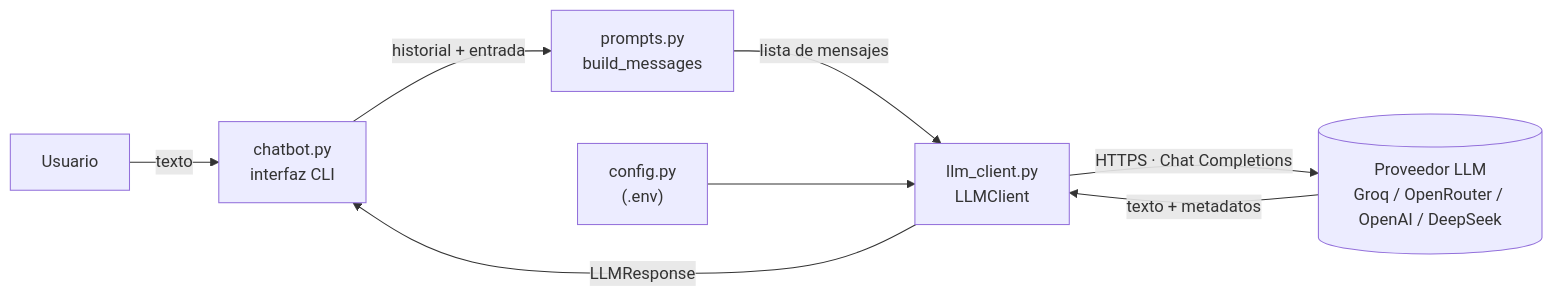
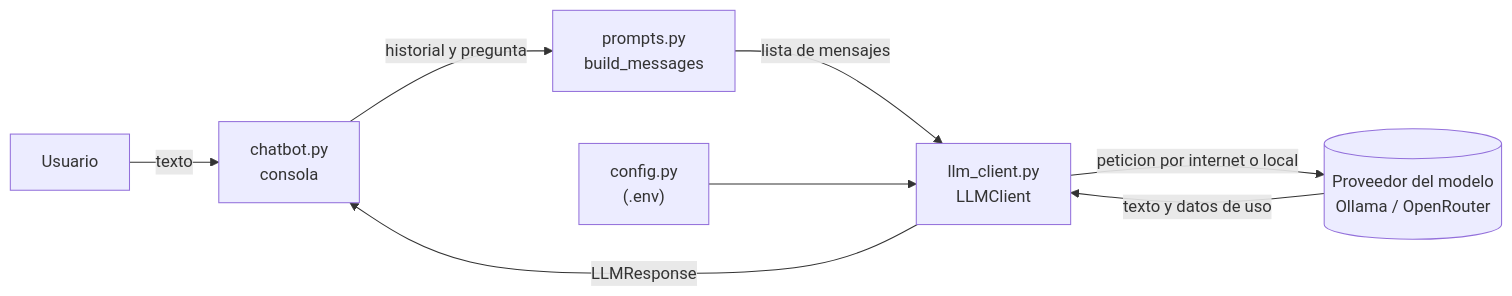
Before and after one commit to JuanCarreno78/ai-systems-lab: the diagram in labs/01-llm/README.md, drawn with Mermaid. The commit also changed other lines of this file and 2 other files, not shown here.

Commit message:
README del laboratorio con lo realizado y resultados; informe revisado

````diff
--- a/labs/01-llm/README.md
+++ b/labs/01-llm/README.md
@@ -17,10 +18,10 @@
 ```mermaid
 flowchart LR
-    U[Usuario] -->|texto| CLI["chatbot.py<br/>interfaz CLI"]
-    CLI -->|historial + entrada| P["prompts.py<br/>build_messages"]
+    U[Usuario] -->|texto| CLI["chatbot.py<br/>consola"]
+    CLI -->|historial y pregunta| P["prompts.py<br/>build_messages"]
     P -->|lista de mensajes| C["llm_client.py<br/>LLMClient"]
     CFG["config.py<br/>(.env)"] --> C
-    C -->|HTTPS · Chat Completions| API[("Proveedor LLM<br/>Groq / OpenRouter / OpenAI / DeepSeek")]
-    API -->|texto + metadatos| C
+    C -->|peticion por internet o local| API[("Proveedor del modelo<br/>Ollama / OpenRouter")]
+    API -->|texto y datos de uso| C
     C -->|LLMResponse| CLI
 ```
````
